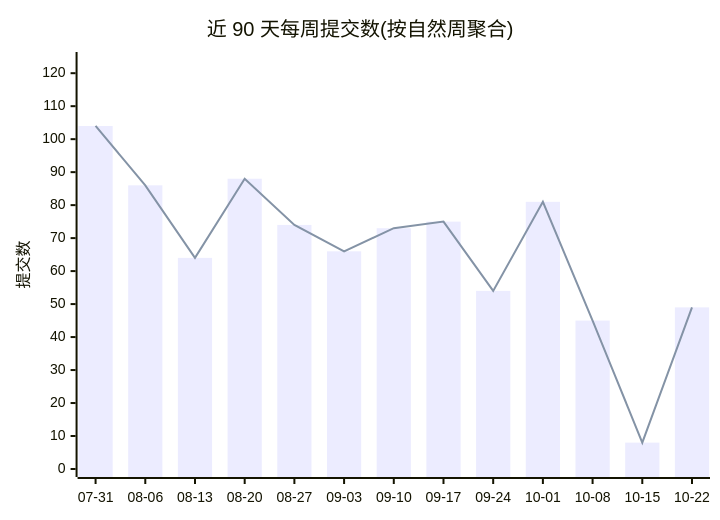
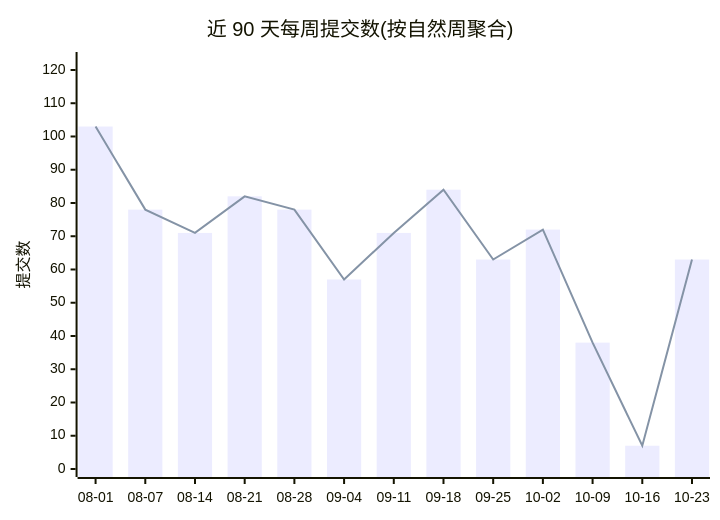
Before and after one commit to Conflux-Union/.github: the first of 2 diagrams in profile/README.md, drawn with Mermaid. The commit also changed other lines of this file and 1 other file, not shown here.

````diff
--- a/profile/README.md
+++ b/profile/README.md
@@ -44,8 +44,8 @@
 ```mermaid
 xychart-beta
     title "近 90 天每周提交数(按自然周聚合)"
-    x-axis ["07-31", "08-06", "08-13", "08-20", "08-27", "09-03", "09-10", "09-17", "09-24", "10-01", "10-08", "10-15", "10-22"]
-    y-axis "提交数" 0 --> 124
-    bar [104, 86, 64, 88, 74, 66, 73, 75, 54, 81, 45, 8, 49]
-    line [104, 86, 64, 88, 74, 66, 73, 75, 54, 81, 45, 8, 49]
+    x-axis ["08-01", "08-07", "08-14", "08-21", "08-28", "09-04", "09-11", "09-18", "09-25", "10-02", "10-09", "10-16", "10-23"]
+    y-axis "提交数" 0 --> 123
+    bar [103, 78, 71, 82, 78, 57, 71, 84, 63, 72, 38, 7, 63]
+    line [103, 78, 71, 82, 78, 57, 71, 84, 63, 72, 38, 7, 63]
 ```
````
